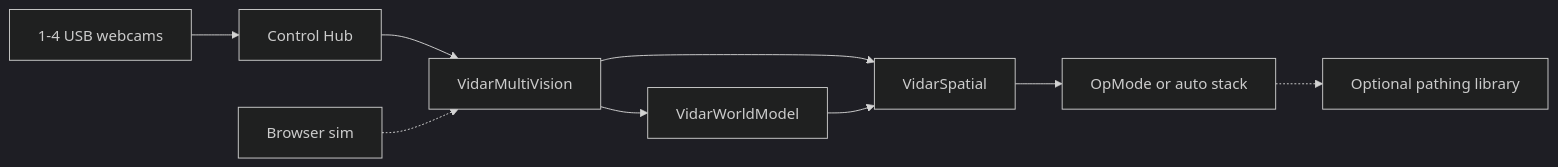
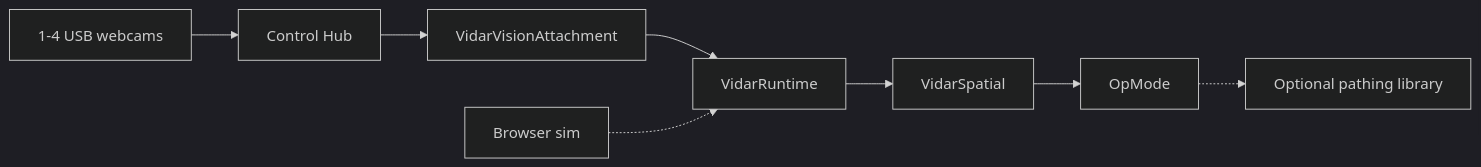
The diagram in README.md (The-Allsparks/ViDAR), drawn with Mermaid (dark theme) before and after one commit. The commit also changed other lines of this file and 38 other files, not shown here.

First line of the commit message:
Replace VidarMultiVision/VidarSession with VidarRuntime and background observation worker.

````diff
--- a/README.md
+++ b/README.md
@@ -239,11 +239,10 @@
 ```mermaid
 flowchart LR
   Cam["1-4 USB webcams"] --> Hub["Control Hub"]
-  Hub --> MV["VidarMultiVision"]
-  MV --> WM["VidarWorldModel"]
-  MV --> SP["VidarSpatial"]
-  WM --> SP
-  SP --> Op["OpMode or auto stack"]
+  Hub --> ATT["VidarVisionAttachment"]
+  ATT --> RT["VidarRuntime"]
+  RT --> SP["VidarSpatial"]
+  SP --> Op["OpMode"]
   Op -.-> PED["Optional pathing library"]
-  Sim["Browser sim"] -.-> MV
+  Sim["Browser sim"] -.-> RT
 ```
````
